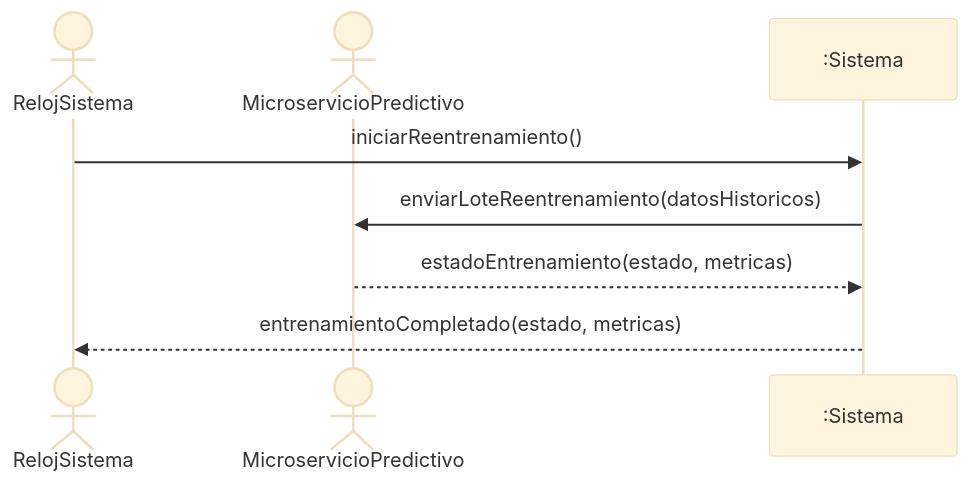
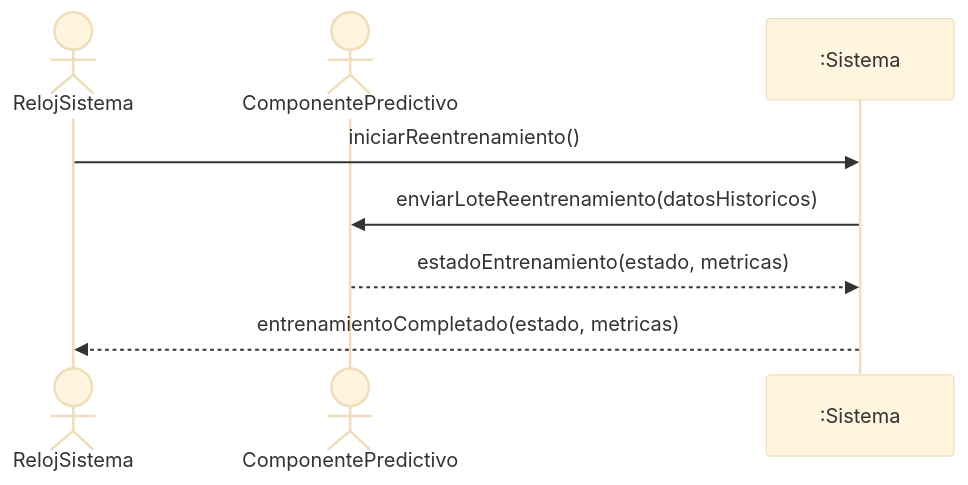
Before and after one commit to LisandroVenini/SIGPAP: the first of 5 diagrams in docs/2-analisis/DSS/analisis-predictivo.md, drawn with Mermaid (base theme). The commit also changed other lines of this file and 27 other files, not shown here.

````diff
--- a/docs/2-analisis/DSS/analisis-predictivo.md
+++ b/docs/2-analisis/DSS/analisis-predictivo.md
@@ -22,10 +22,10 @@
 ```mermaid
 sequenceDiagram
     actor Reloj as RelojSistema
-    actor Microservicio as MicroservicioPredictivo
+    actor Componente as ComponentePredictivo
     participant Sistema as :Sistema
     Reloj->>Sistema: iniciarReentrenamiento()
-    Sistema->>Microservicio: enviarLoteReentrenamiento(datosHistoricos)
-    Microservicio-->>Sistema: estadoEntrenamiento(estado, metricas)
+    Sistema->>Componente: enviarLoteReentrenamiento(datosHistoricos)
+    Componente-->>Sistema: estadoEntrenamiento(estado, metricas)
     Sistema-->>Reloj: entrenamientoCompletado(estado, metricas)
 ```
````
